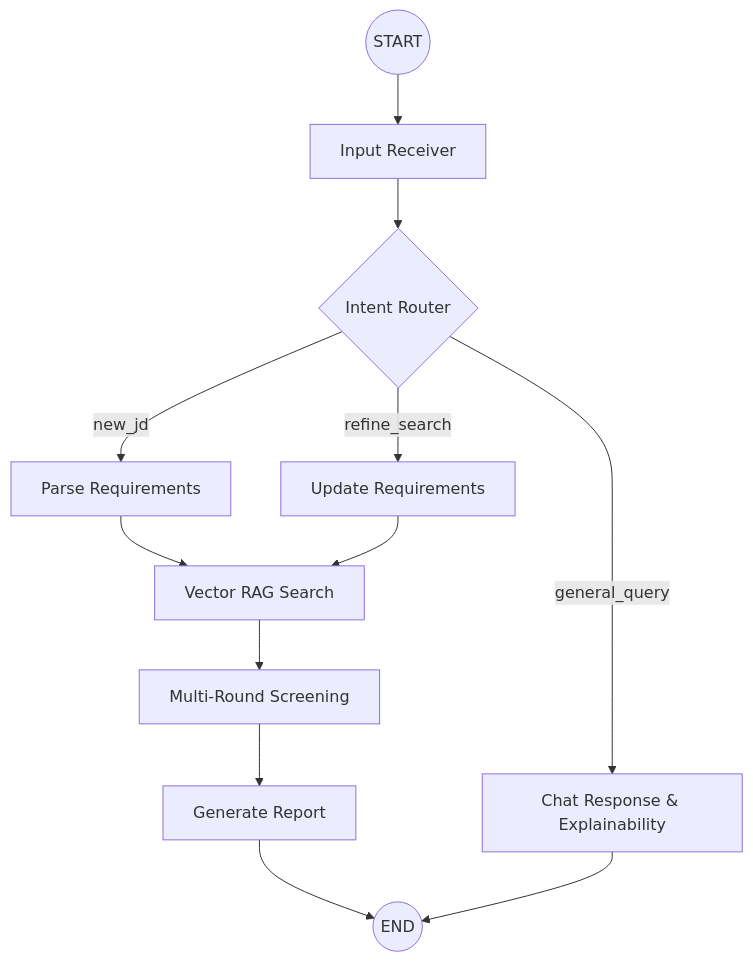
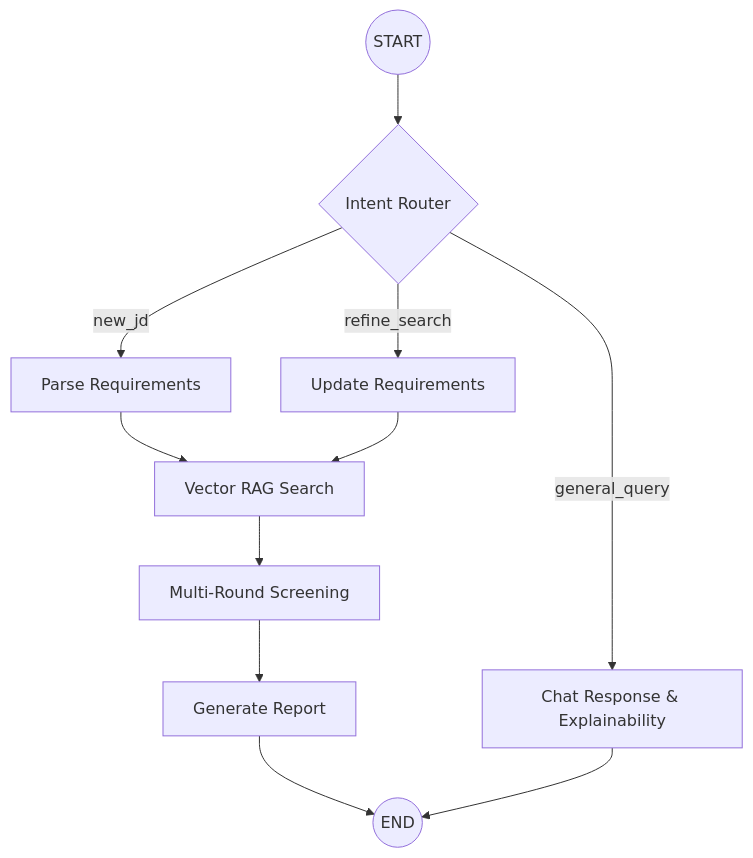
One commit to mihirtrivedi/Agentic-Profile-Matching changed the diagram in README.md. Above: the diagram before and after it, drawn with Mermaid.

Commit message:
Docs: Update Mermaid diagram to reflect removal of input_receiver_node

````diff
--- a/README.md
+++ b/README.md
@@ -16,33 +16,31 @@
 ```mermaid
 graph TD;
     %% Nodes
     start((START))
-    input_receiver[Input Receiver]
     router{Intent Router}
     
     parse_req[Parse Requirements]
     update_req[Update Requirements]
     search[Vector RAG Search]
     screen[Multi-Round Screening]
     report[Generate Report]
     chat[Chat Response & Explainability]
     
     end_node((END))
 
     %% Edges
-    start --> input_receiver
-    input_receiver --> router
+    start --> router
     
     router -- "new_jd" --> parse_req
     router -- "refine_search" --> update_req
     router -- "general_query" --> chat
     
     parse_req --> search
     update_req --> search
     
     search --> screen
     screen --> report
     
     report --> end_node
     chat --> end_node
 ```
````
